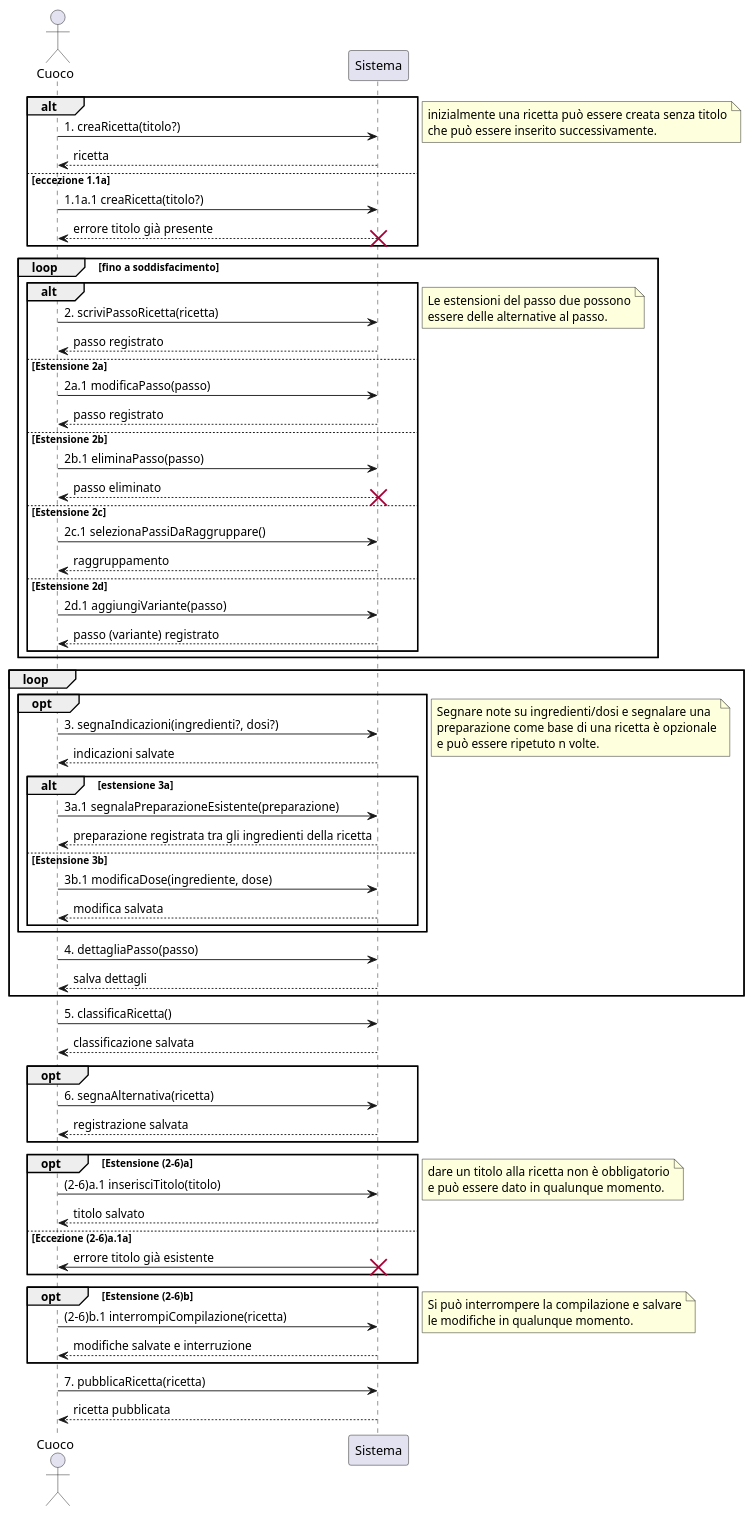
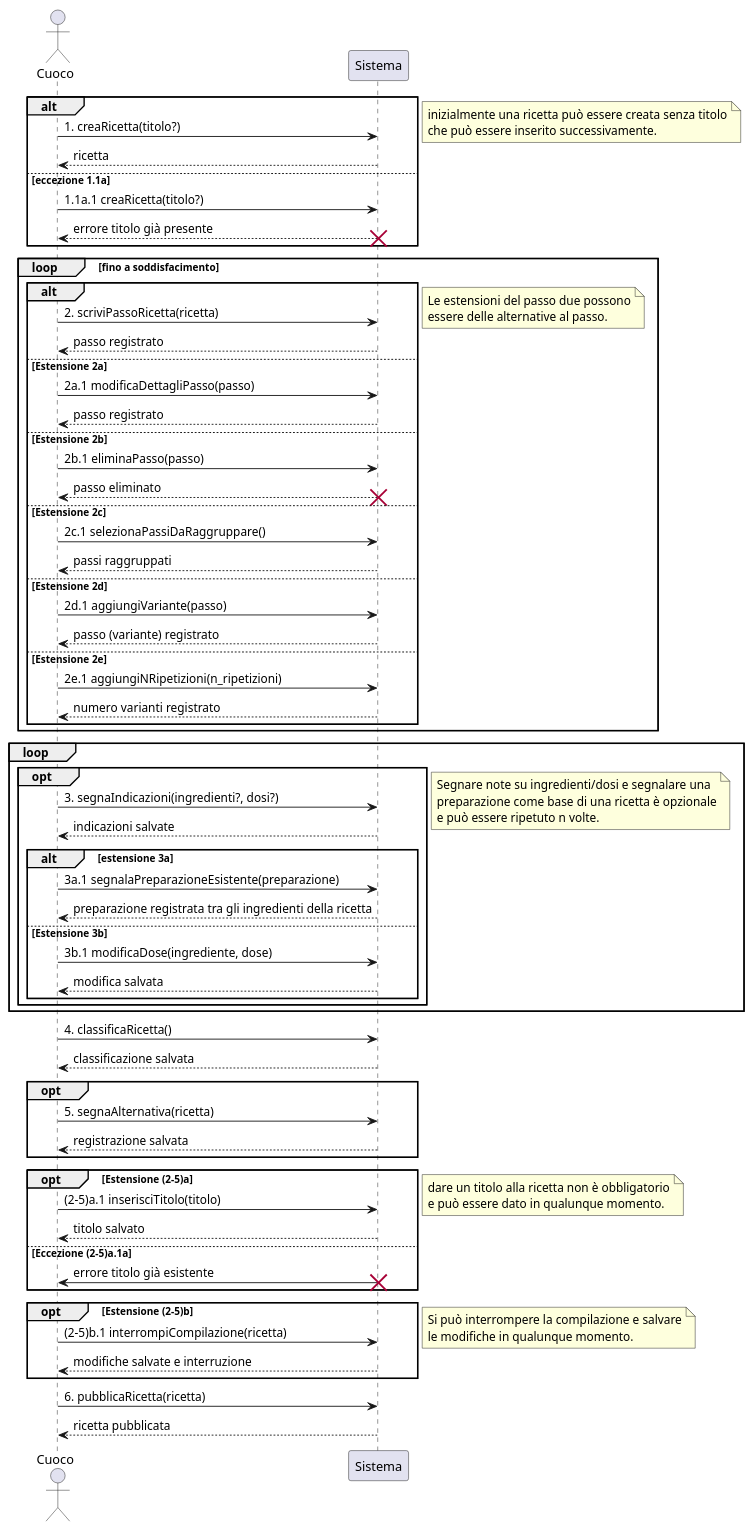
The diagram in ssd/ssd-ricette.md (m0canu1/sas), drawn with PlantUML before and after one commit. The commit also changed other lines of this file, not shown here.

Commit message:
new ssd for ricette

````diff
--- a/ssd/ssd-ricette.md
+++ b/ssd/ssd-ricette.md
@@ -2,83 +1,82 @@
 ```plantuml
 
 actor Cuoco
 participant Sistema
 
 alt 
 Cuoco -> Sistema : 1. creaRicetta(titolo?)
 	Sistema --> Cuoco : ricetta
 else eccezione 1.1a
 Cuoco -> Sistema : 1.1a.1 creaRicetta(titolo?)
 	
 	Sistema --> Cuoco : errore titolo già presente
 	destroy Sistema
 end
 note right: inizialmente una ricetta può essere creata senza titolo\nche può essere inserito successivamente.
 loop fino a soddisfacimento 
 		alt 
 		Cuoco -> Sistema : 2. scriviPassoRicetta(ricetta)
 		Sistema --> Cuoco : passo registrato
 		else Estensione 2a
-			Cuoco -> Sistema: 2a.1 modificaPasso(passo)
+			Cuoco -> Sistema: 2a.1 modificaDettagliPasso(passo)
 			Sistema --> Cuoco: passo registrato 
 		else Estensione 2b
 			Cuoco -> Sistema: 2b.1 eliminaPasso(passo)
 			Sistema --> Cuoco: passo eliminato
 			destroy Sistema 
         else Estensione 2c
             Cuoco -> Sistema: 2c.1 selezionaPassiDaRaggruppare()
-            Sistema --> Cuoco: raggruppamento
+            Sistema --> Cuoco: passi raggruppati
         else Estensione 2d
             Cuoco -> Sistema : 2d.1 aggiungiVariante(passo)
             Sistema --> Cuoco: passo (variante) registrato
-
+        else Estensione 2e
+            Cuoco -> Sistema : 2e.1 aggiungiNRipetizioni(n_ripetizioni)
+            Sistema --> Cuoco: numero varianti registrato
         end
 		note right: Le estensioni del passo due possono\nessere delle alternative al passo.
 end
 
 loop
 	opt	
 			Cuoco -> Sistema : 3. segnaIndicazioni(ingredienti?, dosi?)
 			Sistema --> Cuoco : indicazioni salvate
 			alt estensione 3a
 				Cuoco -> Sistema : 3a.1 segnalaPreparazioneEsistente(preparazione)
 				Sistema --> Cuoco : preparazione registrata tra gli ingredienti della ricetta
 			else Estensione 3b
 				Cuoco -> Sistema : 3b.1 modificaDose(ingrediente, dose)
 				Sistema --> Cuoco: modifica salvata
 			end
 	end
 	note right: Segnare note su ingredienti/dosi e segnalare una\npreparazione come base di una ricetta è opzionale\ne può essere ripetuto n volte.
 
-	Cuoco -> Sistema : 4. dettagliaPasso(passo)
-	Sistema --> Cuoco : salva dettagli
-
 end
-Cuoco -> Sistema : 5. classificaRicetta()
+Cuoco -> Sistema : 4. classificaRicetta()
 Sistema --> Cuoco : classificazione salvata
 
 opt
-    Cuoco -> Sistema : 6. segnaAlternativa(ricetta)
+    Cuoco -> Sistema : 5. segnaAlternativa(ricetta)
     Sistema --> Cuoco : registrazione salvata
 end
 
-opt Estensione (2-6)a
-		Cuoco -> Sistema : (2-6)a.1 inserisciTitolo(titolo)
+opt Estensione (2-5)a
+		Cuoco -> Sistema : (2-5)a.1 inserisciTitolo(titolo)
 		Sistema --> Cuoco: titolo salvato
-	else Eccezione (2-6)a.1a
+	else Eccezione (2-5)a.1a
 		Sistema -> Cuoco : errore titolo già esistente
 		destroy Sistema
 end
 note right: dare un titolo alla ricetta non è obbligatorio\ne può essere dato in qualunque momento.
 
-opt Estensione (2-6)b
-	Cuoco -> Sistema :(2-6)b.1 interrompiCompilazione(ricetta)
+opt Estensione (2-5)b
+	Cuoco -> Sistema :(2-5)b.1 interrompiCompilazione(ricetta)
 	Sistema --> Cuoco : modifiche salvate e interruzione
 end
 note right: Si può interrompere la compilazione e salvare\nle modifiche in qualunque momento.
 
-Cuoco -> Sistema : 7. pubblicaRicetta(ricetta)
+Cuoco -> Sistema : 6. pubblicaRicetta(ricetta)
 Sistema --> Cuoco : ricetta pubblicata
 
 
 ```
````
